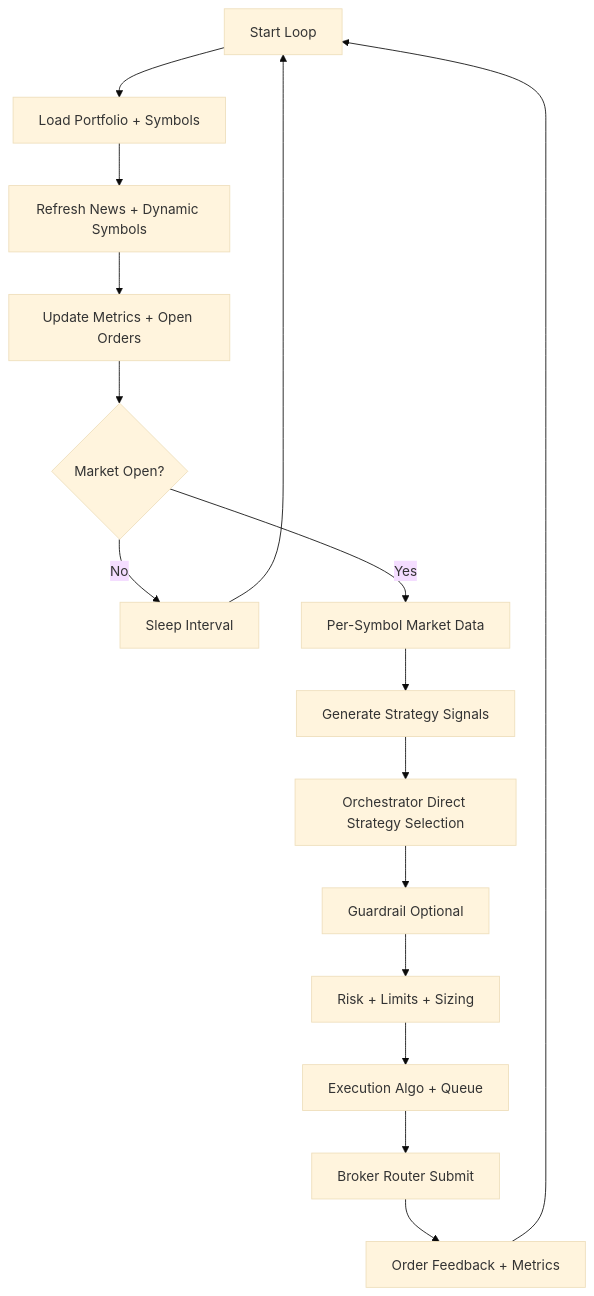
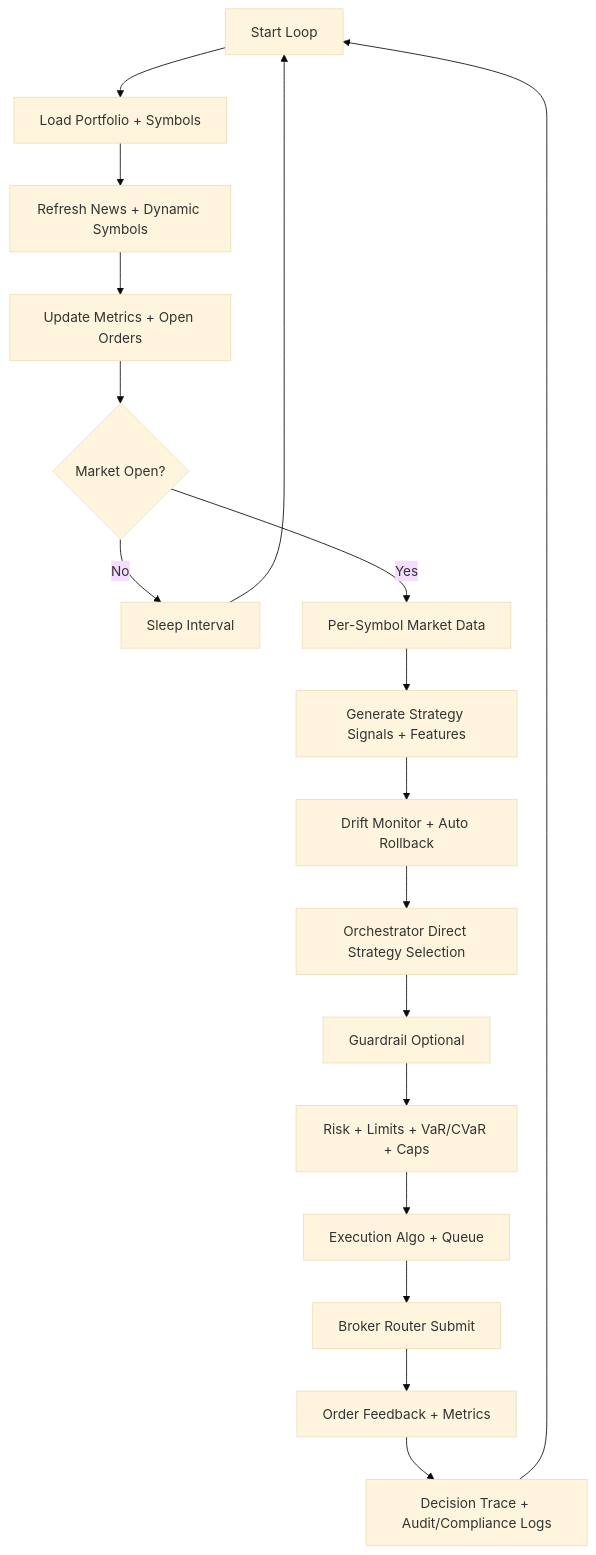
The first of 4 diagrams in docs/flow_trading_agent.md (ilfrick/Fricktrade), drawn with Mermaid (base theme) before and after one commit. The commit also changed 1 other file, not shown here.

Commit message:
Update mermaid diagrams

````diff
--- a/docs/flow_trading_agent.md
+++ b/docs/flow_trading_agent.md
@@ -7,18 +7,20 @@
 ```mermaid
 flowchart TD
     A[Start Loop] --> B[Load Portfolio + Symbols]
     B --> C[Refresh News + Dynamic Symbols]
     C --> D[Update Metrics + Open Orders]
     D --> E{Market Open?}
     E -- No --> F[Sleep Interval]
     F --> A
     E -- Yes --> G[Per-Symbol Market Data]
-    G --> H[Generate Strategy Signals]
-    H --> I[Orchestrator Direct Strategy Selection]
-    I --> J[Guardrail Optional]
-    J --> K[Risk + Limits + Sizing]
-    K --> L[Execution Algo + Queue]
-    L --> M[Broker Router Submit]
-    M --> N[Order Feedback + Metrics]
-    N --> A
+    G --> H[Generate Strategy Signals + Features]
+    H --> I[Drift Monitor + Auto Rollback]
+    I --> J[Orchestrator Direct Strategy Selection]
+    J --> K[Guardrail Optional]
+    K --> L[Risk + Limits + VaR/CVaR + Caps]
+    L --> M[Execution Algo + Queue]
+    M --> N[Broker Router Submit]
+    N --> O[Order Feedback + Metrics]
+    O --> P[Decision Trace + Audit/Compliance Logs]
+    P --> A
 ```
````
